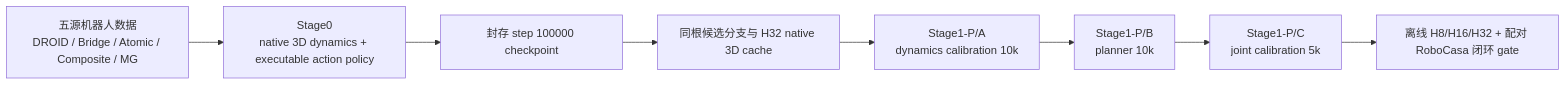
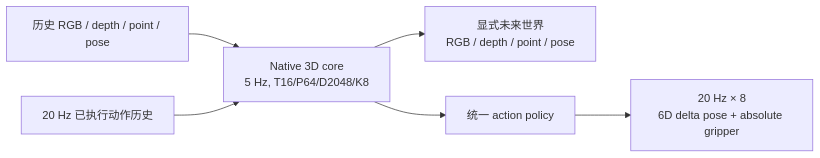
The diagram in wm3d_v8/README.md (wxqnl/world_model), drawn with Mermaid before and after one commit. The commit also changed other lines of this file and 81 other files, not shown here.

Commit message:
refactor(v8): publish unified-action stage0 pipeline

````diff
--- a/wm3d_v8/README.md
+++ b/wm3d_v8/README.md
@@ -5,10 +5,8 @@
 ```mermaid
 flowchart LR
-  D["五源机器人数据<br/>DROID / Bridge / Atomic / Composite / MG"] --> S0
-  S0["Stage0<br/>native 3D dynamics + executable action policy"] --> C["封存 step 100000 checkpoint"]
-  C --> B["同根候选分支与 H32 native 3D cache"]
-  B --> A["Stage1-P/A<br/>dynamics calibration 10k"]
-  A --> P["Stage1-P/B<br/>planner 10k"]
-  P --> J["Stage1-P/C<br/>joint calibration 5k"]
-  J --> E["离线 H8/H16/H32 + 配对 RoboCasa 闭环 gate"]
+  O["历史 RGB / depth / point / pose"] --> C["Native 3D core<br/>5 Hz, T16/P64/D2048/K8"]
+  A["20 Hz 已执行动作历史"] --> C
+  C --> W["显式未来世界<br/>RGB / depth / point / pose"]
+  C --> H["统一 action policy"]
+  H --> P["20 Hz × 8<br/>6D delta pose + absolute gripper"]
 ```
````
